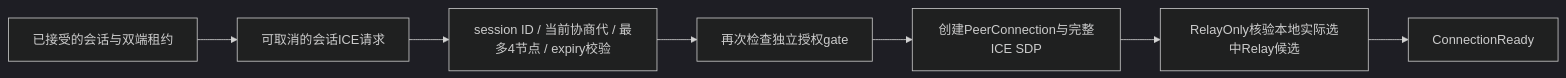
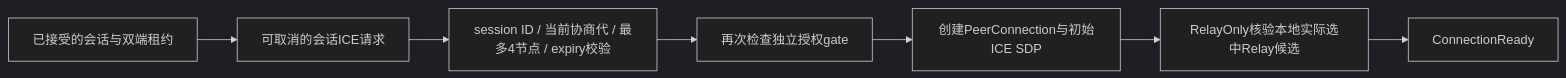
Before and after one commit to barry-ran/peerloom: the second of 6 diagrams in docs/SDK身份与信令模块.md, drawn with Mermaid (dark theme). The commit also changed other lines of this file and 7 other files, not shown here.

````diff
--- a/docs/SDK身份与信令模块.md
+++ b/docs/SDK身份与信令模块.md
@@ -48,9 +48,9 @@
 ```mermaid
 flowchart LR
     Accept[已接受的会话与双端租约] --> Fetch[可取消的会话ICE请求]
     Fetch --> Check[session ID / 当前协商代 / 最多4节点 / expiry校验]
     Check --> Gate[再次检查独立授权gate]
-    Gate --> Peer[创建PeerConnection与完整ICE SDP]
+    Gate --> Peer[创建PeerConnection与初始ICE SDP]
     Peer --> Selected[RelayOnly核验本地实际选中Relay候选]
     Selected --> Ready[ConnectionReady]
 ```
````
